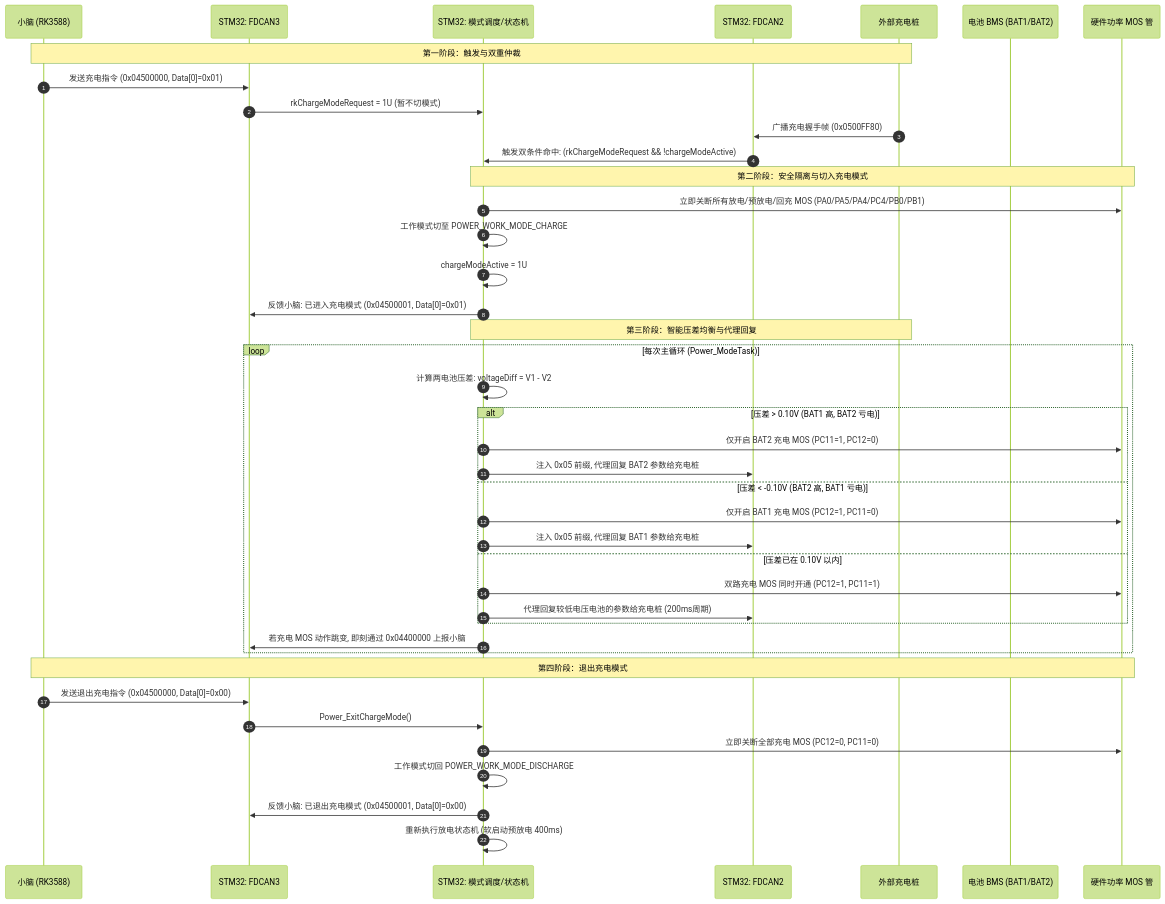
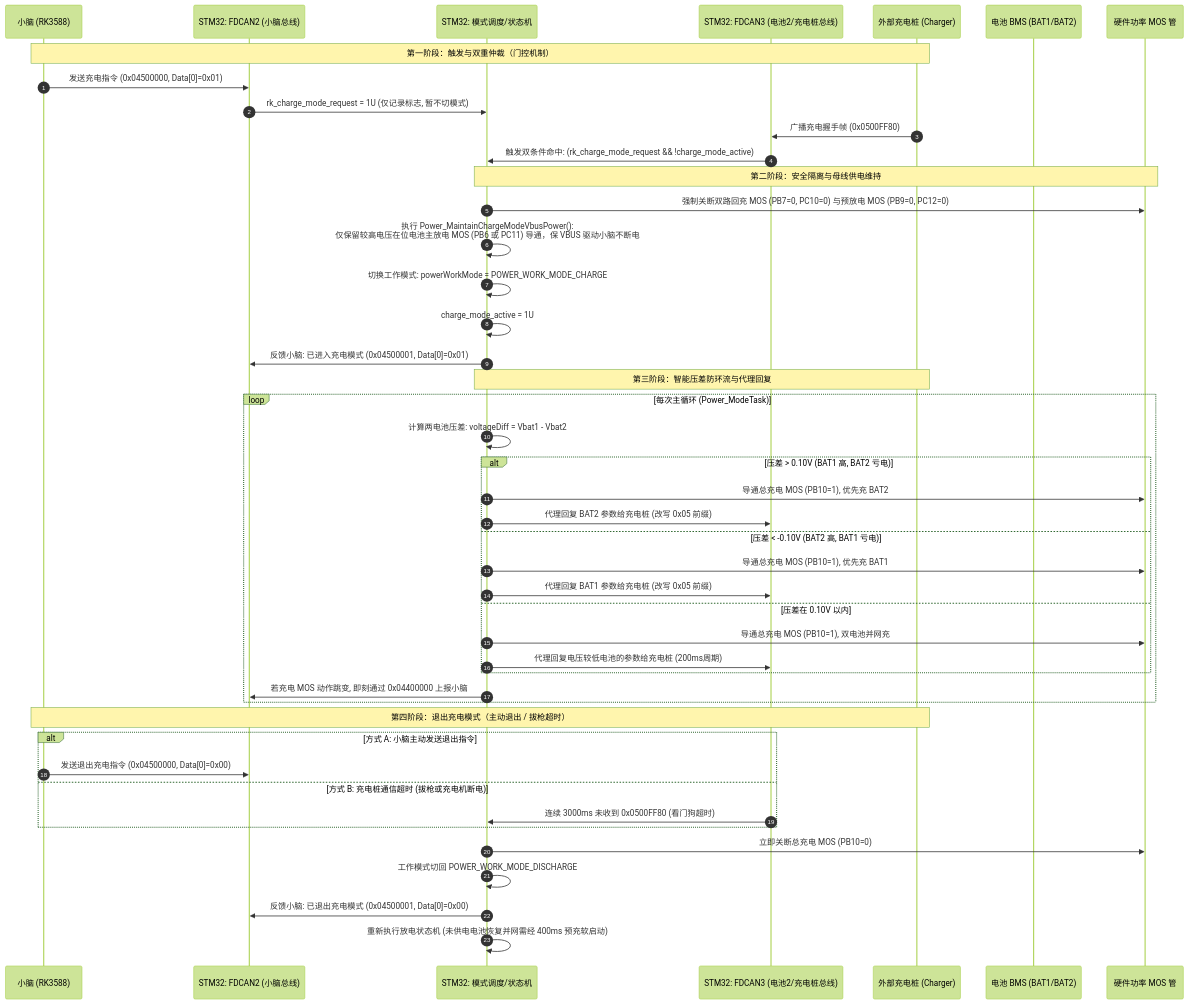
The first of 2 diagrams in 充电控制逻辑与协议交互.md (wajmh/D-Y), drawn with Mermaid (forest theme) before and after one commit. The commit also changed other lines of this file and 19 other files, not shown here.

````diff
--- a/充电控制逻辑与协议交互.md
+++ b/充电控制逻辑与协议交互.md
@@ -53,47 +70,51 @@
 ```mermaid
 sequenceDiagram
     autonumber
     participant RK as 小脑 (RK3588)
-    participant CAN3 as STM32: FDCAN3
+    participant CAN2 as STM32: FDCAN2 (小脑总线)
     participant CORE as STM32: 模式调度/状态机
-    participant CAN2 as STM32: FDCAN2
-    participant PLUG as 外部充电桩
+    participant CAN3 as STM32: FDCAN3 (电池2/充电桩总线)
+    participant PLUG as 外部充电桩 (Charger)
     participant BMS as 电池 BMS (BAT1/BAT2)
     participant MOS as 硬件功率 MOS 管
 
-    Note over RK,PLUG: 第一阶段：触发与双重仲裁
-    RK->>CAN3: 发送充电指令 (0x04500000, Data[0]=0x01)
-    CAN3->>CORE: rkChargeModeRequest = 1U (暂不切模式)
-    PLUG->>CAN2: 广播充电握手帧 (0x0500FF80)
-    CAN2->>CORE: 触发双条件命中: (rkChargeModeRequest && !chargeModeActive)
+    Note over RK,PLUG: 第一阶段：触发与双重仲裁（门控机制）
+    RK->>CAN2: 发送充电指令 (0x04500000, Data[0]=0x01)
+    CAN2->>CORE: rk_charge_mode_request = 1U (仅记录标志, 暂不切模式)
+    PLUG->>CAN3: 广播充电握手帧 (0x0500FF80)
+    CAN3->>CORE: 触发双条件命中: (rk_charge_mode_request && !charge_mode_active)
 
-    Note over CORE,MOS: 第二阶段：安全隔离与切入充电模式
-    CORE->>MOS: 立即关断所有放电/预放电/回充 MOS (PA0/PA5/PA4/PC4/PB0/PB1)
-    CORE->>CORE: 工作模式切至 POWER_WORK_MODE_CHARGE
-    CORE->>CORE: chargeModeActive = 1U
-    CORE->>CAN3: 反馈小脑: 已进入充电模式 (0x04500001, Data[0]=0x01)
+    Note over CORE,MOS: 第二阶段：安全隔离与母线供电维持
+    CORE->>MOS: 强制关断双路回充 MOS (PB7=0, PC10=0) 与预放电 MOS (PB9=0, PC12=0)
+    CORE->>CORE: 执行 Power_MaintainChargeModeVbusPower():<br/>仅保留较高电压在位电池主放电 MOS (PB6 或 PC11) 导通，保 VBUS 驱动小脑不断电
+    CORE->>CORE: 切换工作模式: powerWorkMode = POWER_WORK_MODE_CHARGE
+    CORE->>CORE: charge_mode_active = 1U
+    CORE->>CAN2: 反馈小脑: 已进入充电模式 (0x04500001, Data[0]=0x01)
 
-    Note over CORE,PLUG: 第三阶段：智能压差均衡与代理回复
+    Note over CORE,PLUG: 第三阶段：智能压差防环流与代理回复
     loop 每次主循环 (Power_ModeTask)
-        CORE->>CORE: 计算两电池压差: voltageDiff = V1 - V2
+        CORE->>CORE: 计算两电池压差: voltageDiff = Vbat1 - Vbat2
         alt 压差 > 0.10V (BAT1 高, BAT2 亏电)
-            CORE->>MOS: 仅开启 BAT2 充电 MOS (PC11=1, PC12=0)
-            CORE->>CAN2: 注入 0x05 前缀, 代理回复 BAT2 参数给充电桩
+            CORE->>MOS: 导通总充电 MOS (PB10=1), 优先充 BAT2
+            CORE->>CAN3: 代理回复 BAT2 参数给充电桩 (改写 0x05 前缀)
         else 压差 < -0.10V (BAT2 高, BAT1 亏电)
-            CORE->>MOS: 仅开启 BAT1 充电 MOS (PC12=1, PC11=0)
-            CORE->>CAN2: 注入 0x05 前缀, 代理回复 BAT1 参数给充电桩
-        else 压差已在 0.10V 以内
-            CORE->>MOS: 双路充电 MOS 同时开通 (PC12=1, PC11=1)
-            CORE->>CAN2: 代理回复较低电压电池的参数给充电桩 (200ms周期)
+            CORE->>MOS: 导通总充电 MOS (PB10=1), 优先充 BAT1
+            CORE->>CAN3: 代理回复 BAT1 参数给充电桩 (改写 0x05 前缀)
+        else 压差在 0.10V 以内
+            CORE->>MOS: 导通总充电 MOS (PB10=1), 双电池并网充
+            CORE->>CAN3: 代理回复电压较低电池的参数给充电桩 (200ms周期)
         end
-        CORE->>CAN3: 若充电 MOS 动作跳变, 即刻通过 0x04400000 上报小脑
+        CORE->>CAN2: 若充电 MOS 动作跳变, 即刻通过 0x04400000 上报小脑
     end
 
-    Note over RK,MOS: 第四阶段：退出充电模式
-    RK->>CAN3: 发送退出充电指令 (0x04500000, Data[0]=0x00)
-    CAN3->>CORE: Power_ExitChargeMode()
-    CORE->>MOS: 立即关断全部充电 MOS (PC12=0, PC11=0)
+    Note over RK,PLUG: 第四阶段：退出充电模式（主动退出 / 拔枪超时）
+    alt 方式 A: 小脑主动发送退出指令
+        RK->>CAN2: 发送退出充电指令 (0x04500000, Data[0]=0x00)
+    else 方式 B: 充电桩通信超时 (拔枪或充电机断电)
+        CAN3->>CORE: 连续 3000ms 未收到 0x0500FF80 (看门狗超时)
+    end
+    CORE->>MOS: 立即关断总充电 MOS (PB10=0)
     CORE->>CORE: 工作模式切回 POWER_WORK_MODE_DISCHARGE
-    CORE->>CAN3: 反馈小脑: 已退出充电模式 (0x04500001, Data[0]=0x00)
-    CORE->>CORE: 重新执行放电状态机 (软启动预放电 400ms)
+    CORE->>CAN2: 反馈小脑: 已退出充电模式 (0x04500001, Data[0]=0x00)
+    CORE->>CORE: 重新执行放电状态机 (未供电电池恢复并网需经 400ms 预充软启动)
 ```
````
